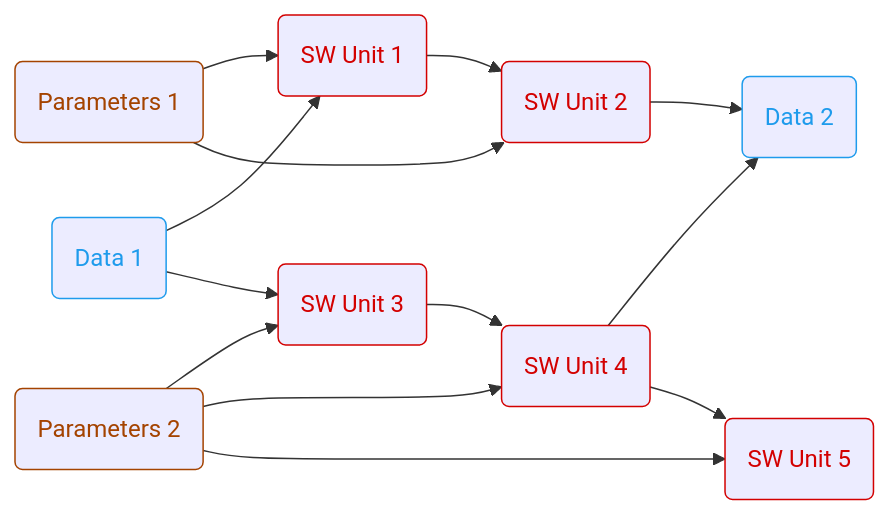
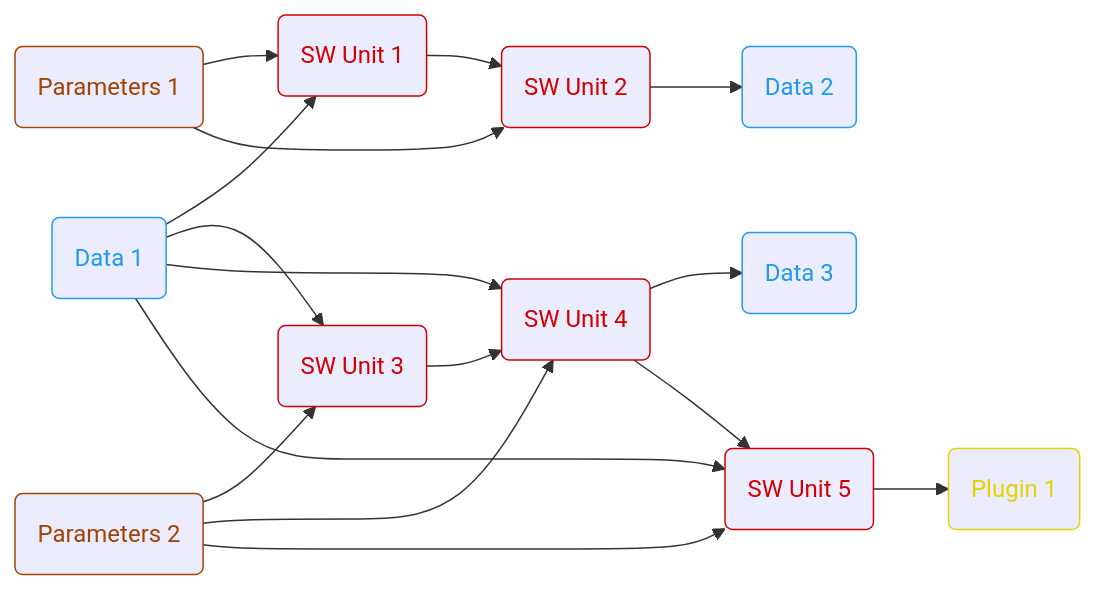
The diagram in README.md (olympus-tools/ARES), drawn with Mermaid before and after one commit. The commit also changed other lines of this file and 2 other files, not shown here.

````diff
--- a/README.md
+++ b/README.md
@@ -85,34 +212,37 @@
 ```mermaid
 flowchart LR
 
     PARAM1(Parameters 1) --> SWU1(SW Unit 1)
     PARAM1 --> SWU2(SW Unit 2)
     MEAS1(Data 1) --> SWU1
     SWU1 --> SWU2
     SWU2 --> MEAS2(Data 2)
 
     PARAM2(Parameters 2) --> SWU3(SW Unit 3)
     PARAM2 --> SWU4(SW Unit 4)
     PARAM2 --> SWU5(SW Unit 5)
-    MEAS1(Data 1) --> SWU3
+    MEAS1 --> SWU3
+    MEAS1 --> SWU4
+    MEAS1 --> SWU5
     SWU3 --> SWU4
-    SWU4 --> MEAS2
+    SWU4 --> MEAS3(Data 3)
     SWU4 --> SWU5
+    SWU5 --> PLUGIN1(Plugin 1)
 
-    classDef Parameters        color:#a44300, stroke:#a44300;
-    classDef Data        color:#1e9bec, stroke:#1e9bec;
-    classDef SW_Unit           color:#d30000, stroke:#d30000;
-    classDef Test              color:#2eb400, stroke:#2eb400;
-    classDef Plot              color:#ad00d0, stroke:#ad00d0;
-    classDef Optimization      color:#e5d300, stroke:#e5d300;
+    classDef Parameters     color:#a44300, stroke:#a44300;
+    classDef Data           color:#1e9bec, stroke:#1e9bec;
+    classDef SW_Unit        color:#d30000, stroke:#d30000;
+    classDef Plugin         color:#e5d300, stroke:#e5d300;
 
     class PARAM1 Parameters;
     class PARAM2 Parameters;
     class MEAS1 Data;
     class MEAS2 Data;
+    class MEAS3 Data;
     class SWU1 SW_Unit;
     class SWU2 SW_Unit;
     class SWU3 SW_Unit;
     class SWU4 SW_Unit;
     class SWU5 SW_Unit;
+    class PLUGIN1 Plugin;
 ```
````
